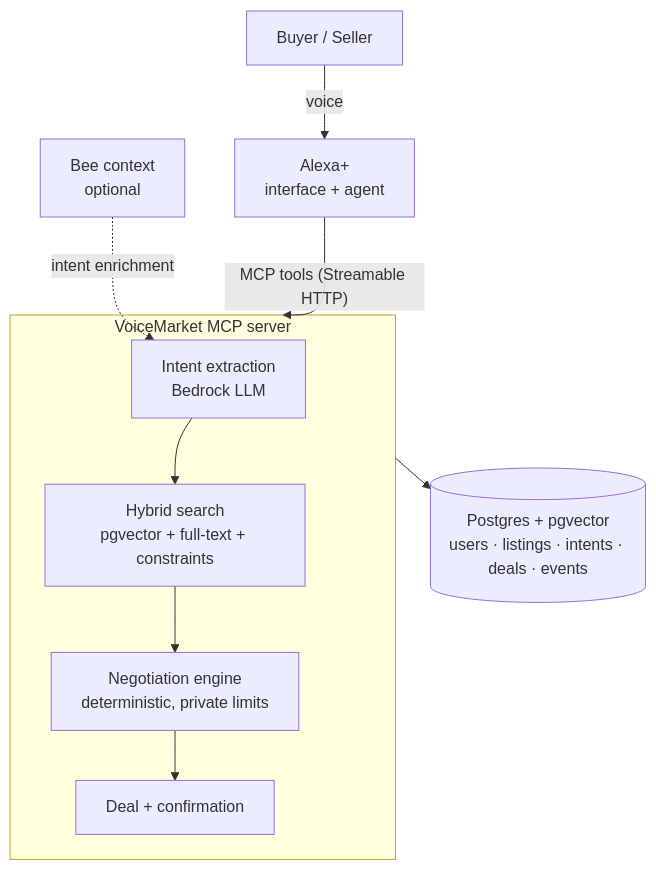
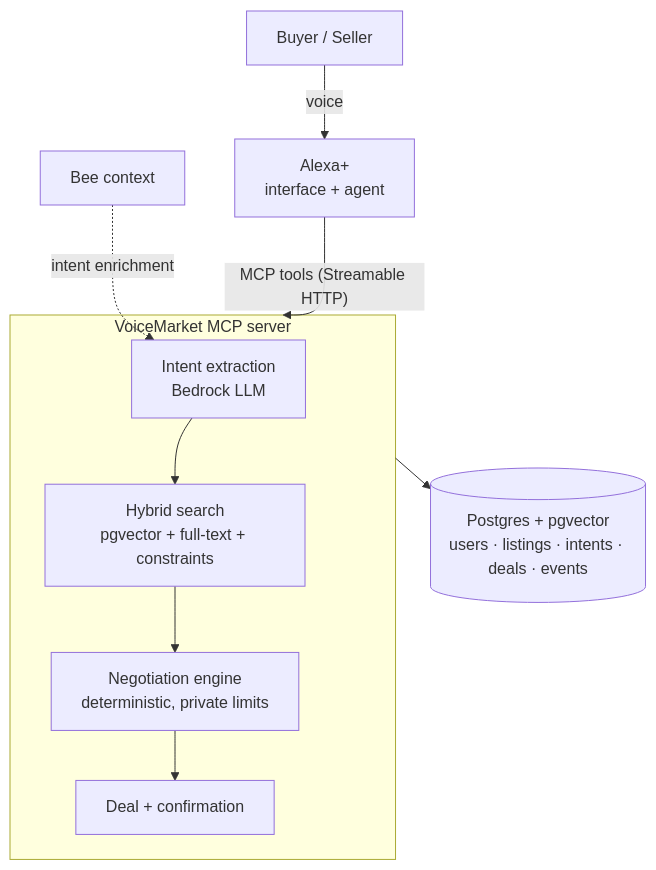
One commit to adamchoi787/amazon-pair-up changed the diagram in README.md. Above: the diagram before and after it, drawn with Mermaid. The commit also changed other lines of this file and 6 other files, not shown here.

````diff
--- a/README.md
+++ b/README.md
@@ -43,12 +45,12 @@
 ```mermaid
 flowchart TB
   U[Buyer / Seller] -- voice --> A[Alexa+<br/>interface + agent]
   A -- "MCP tools (Streamable HTTP)" --> S
   subgraph S["VoiceMarket MCP server"]
     I[Intent extraction<br/>Bedrock LLM] --> H[Hybrid search<br/>pgvector + full-text + constraints]
     H --> N[Negotiation engine<br/>deterministic, private limits]
     N --> D[Deal + confirmation]
   end
   S --> DB[(Postgres + pgvector<br/>users · listings · intents · deals · events)]
-  B[Bee context<br/>optional] -. intent enrichment .-> I
+  B[Bee context] -. intent enrichment .-> I
 ```
````
